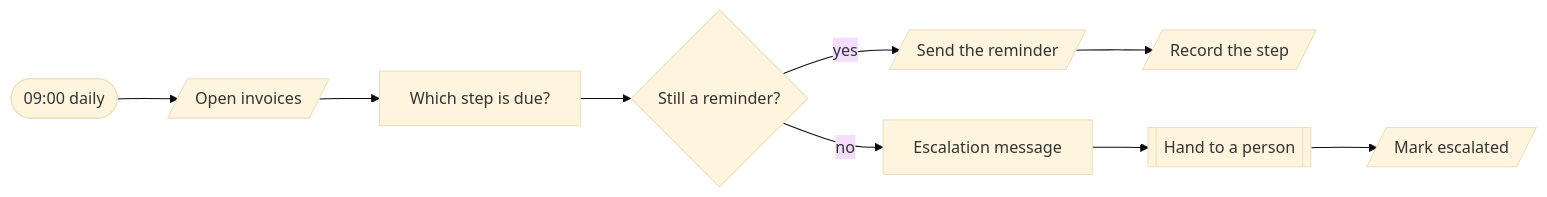
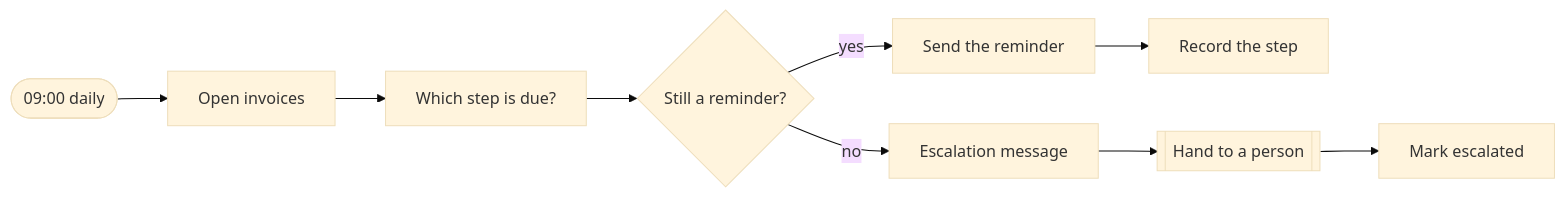
Before and after one commit to kimjoshuadr/n8n-workflows: the third of 3 diagrams in systems/payments/README.md, drawn with Mermaid (base theme). The commit also changed other lines of this file and 184 other files, not shown here.

Commit message:
Finish the move to named platforms: blocks, BambooHR, generated README, schema and platform marks

````diff
--- a/systems/payments/README.md
+++ b/systems/payments/README.md
@@ -147,20 +136,20 @@
 ```mermaid
 flowchart LR
   n1gskyjn(["09:00 daily"])
-  n125hlbp[/"Open invoices"/]
+  n125hlbp["Open invoices"]
   n1b17xh3["Which step is due?"]
   n1bxz7f3{"Still a reminder?"}
-  n1uukhhu[/"Send the reminder"/]
-  n9tzmdf[/"Record the step"/]
+  n1uukhhu["Send the reminder"]
+  n9tzmdf["Record the step"]
   nce2vhf["Escalation message"]
   n12fjapb[["Hand to a person"]]
-  nhry6yu[/"Mark escalated"/]
+  nhry6yu["Mark escalated"]
   n1gskyjn --> n125hlbp
   n125hlbp --> n1b17xh3
   n1b17xh3 --> n1bxz7f3
   n1bxz7f3 -->|yes| n1uukhhu
   n1uukhhu --> n9tzmdf
   n1bxz7f3 -->|no| nce2vhf
   nce2vhf --> n12fjapb
   n12fjapb --> nhry6yu
 ```
````
